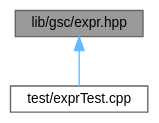
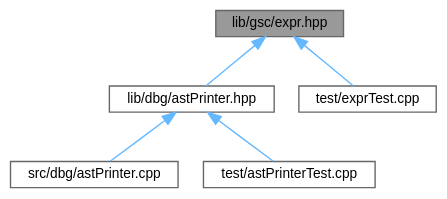
Before and after one commit to helcsnewsxd/gsc-interpreter: the diagram in expr_8hpp__dep__incl.dot, drawn with Graphviz. The commit also changed 60 other files, not shown here.

```diff
--- a/expr_8hpp__dep__incl.dot
+++ b/expr_8hpp__dep__incl.dot
@@ -1,10 +1,16 @@
 digraph "lib/gsc/expr.hpp"
 {
  // LATEX_PDF_SIZE
   bgcolor="transparent";
   edge [fontname=Helvetica,fontsize=10,labelfontname=Helvetica,labelfontsize=10];
   node [fontname=Helvetica,fontsize=10,shape=box,height=0.2,width=0.4];
   Node1 [id="Node000001",label="lib/gsc/expr.hpp",height=0.2,width=0.4,color="gray40", fillcolor="grey60", style="filled", fontcolor="black",tooltip=" "];
   Node1 -> Node2 [id="edge1_Node000001_Node000002",dir="back",color="steelblue1",style="solid",tooltip=" "];
-  Node2 [id="Node000002",label="test/exprTest.cpp",height=0.2,width=0.4,color="grey40", fillcolor="white", style="filled",URL="$exprTest_8cpp.html",tooltip=" "];
+  Node2 [id="Node000002",label="lib/dbg/astPrinter.hpp",height=0.2,width=0.4,color="grey40", fillcolor="white", style="filled",URL="$astPrinter_8hpp.html",tooltip=" "];
+  Node2 -> Node3 [id="edge2_Node000002_Node000003",dir="back",color="steelblue1",style="solid",tooltip=" "];
+  Node3 [id="Node000003",label="src/dbg/astPrinter.cpp",height=0.2,width=0.4,color="grey40", fillcolor="white", style="filled",URL="$astPrinter_8cpp.html",tooltip=" "];
+  Node2 -> Node4 [id="edge3_Node000002_Node000004",dir="back",color="steelblue1",style="solid",tooltip=" "];
+  Node4 [id="Node000004",label="test/astPrinterTest.cpp",height=0.2,width=0.4,color="grey40", fillcolor="white", style="filled",URL="$astPrinterTest_8cpp.html",tooltip=" "];
+  Node1 -> Node5 [id="edge4_Node000001_Node000005",dir="back",color="steelblue1",style="solid",tooltip=" "];
+  Node5 [id="Node000005",label="test/exprTest.cpp",height=0.2,width=0.4,color="grey40", fillcolor="white", style="filled",URL="$exprTest_8cpp.html",tooltip=" "];
 }
```
